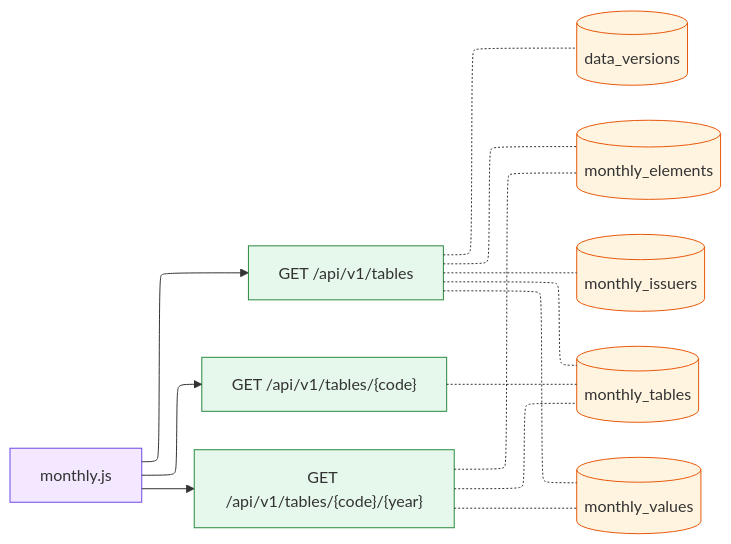
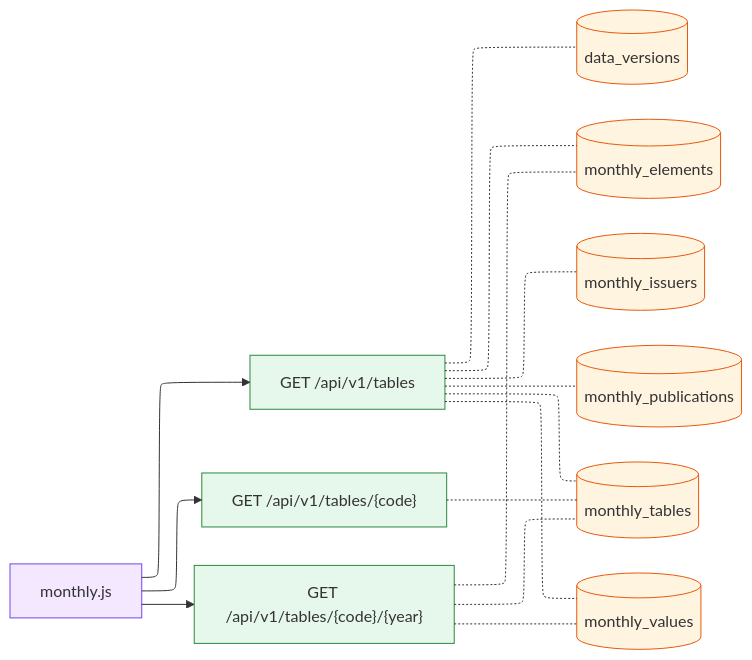
The diagram in docs/screen/gen/monthly.md (pekumirui/stock-analyzer), drawn with Mermaid before and after one commit. The commit also changed other lines of this file and 19 other files, not shown here.

````diff
--- a/docs/screen/gen/monthly.md
+++ b/docs/screen/gen/monthly.md
@@ -16,31 +16,33 @@
 ```mermaid
 ---
 config:
   layout: elk
 ---
 flowchart LR
   n0["monthly.js"]:::js
   n1["GET /api/v1/tables"]:::api
   n2["GET /api/v1/tables/{code}"]:::api
   n3["GET /api/v1/tables/{code}/{year}"]:::api
   n4[("data_versions")]:::tbl
   n5[("monthly_elements")]:::tbl
   n6[("monthly_issuers")]:::tbl
-  n7[("monthly_tables")]:::tbl
-  n8[("monthly_values")]:::tbl
+  n7[("monthly_publications")]:::tbl
+  n8[("monthly_tables")]:::tbl
+  n9[("monthly_values")]:::tbl
   n0 --> n1
   n1 -.- n4
   n1 -.- n5
   n1 -.- n6
   n1 -.- n7
   n1 -.- n8
+  n1 -.- n9
   n0 --> n2
-  n2 -.- n7
+  n2 -.- n8
   n0 --> n3
   n3 -.- n5
-  n3 -.- n7
   n3 -.- n8
+  n3 -.- n9
   classDef js fill:#f3e8ff,stroke:#7048e8
   classDef api fill:#e6f7ec,stroke:#2b8a3e
   classDef tbl fill:#fff4e0,stroke:#e8590c
 ```
````
